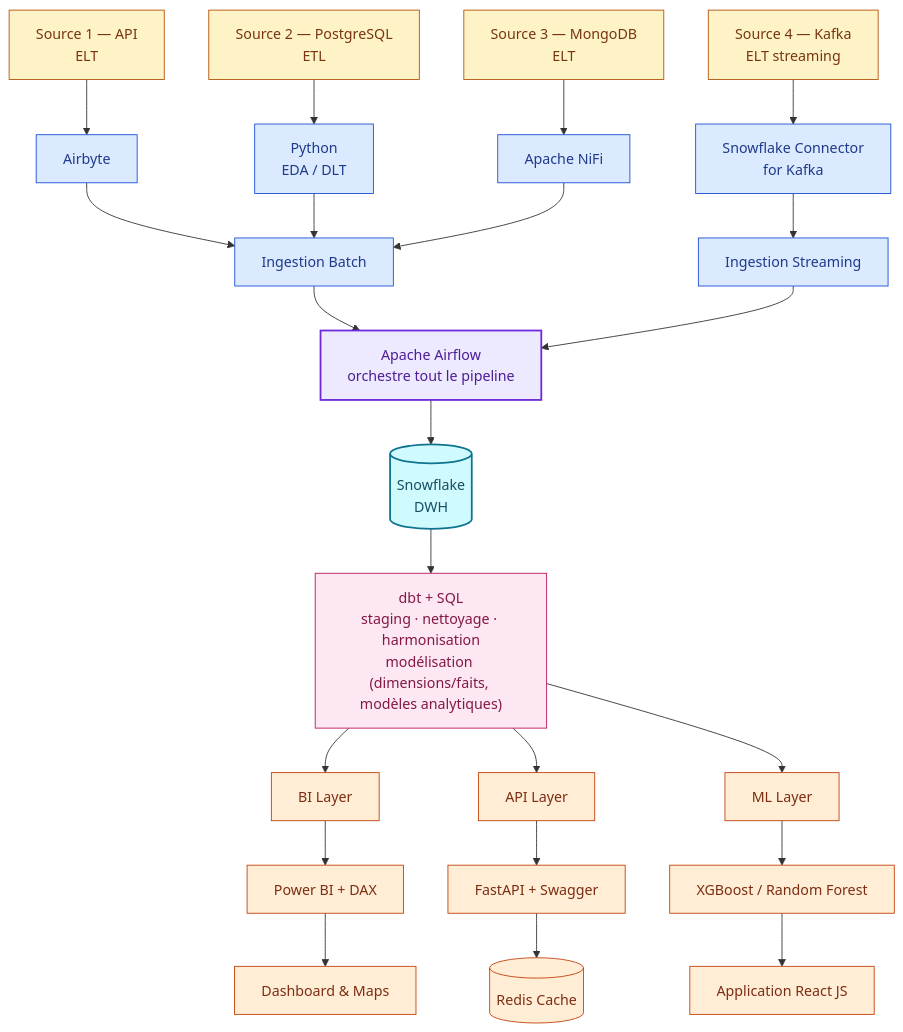
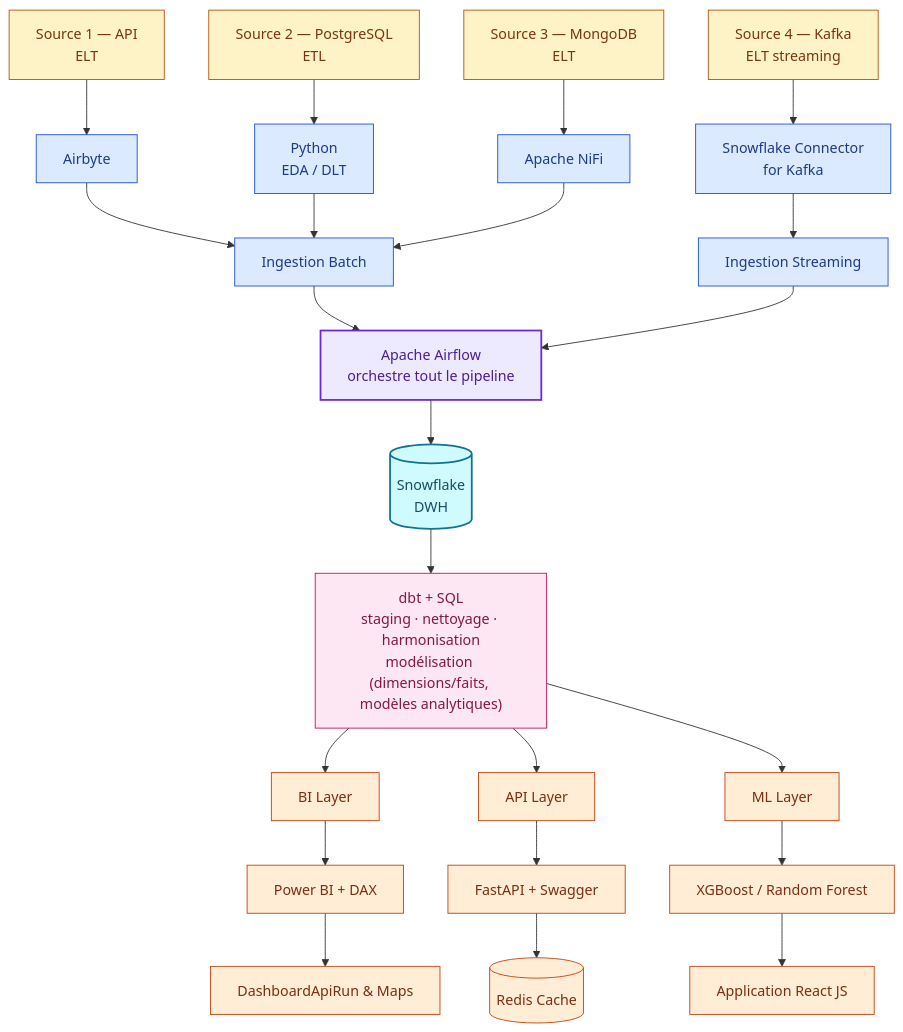
One commit to abdoudjigo/assaman-suuf changed the first of 2 diagrams in README.md. Above: the diagram before and after it, drawn with Mermaid. The commit also changed other lines of this file and 4 other files, not shown here.

````diff
--- a/README.md
+++ b/README.md
@@ -60,46 +60,46 @@
 ```mermaid
 flowchart TD
     S1["Source 1 — API<br/>ELT"] --> A[Airbyte]
     S2["Source 2 — PostgreSQL<br/>ETL"] --> P["Python<br/>EDA / DLT"]
     S3["Source 3 — MongoDB<br/>ELT"] --> N[Apache NiFi]
     S4["Source 4 — Kafka<br/>ELT streaming"] --> K["Snowflake Connector<br/>for Kafka"]
 
     A --> INB[Ingestion Batch]
     P --> INB
     N --> INB
     K --> INS[Ingestion Streaming]
 
     INB --> ORCH["Apache Airflow<br/>orchestre tout le pipeline"]
     INS --> ORCH
 
     ORCH --> SF[("Snowflake<br/>DWH")]
 
     SF --> DBT["dbt + SQL<br/>staging · nettoyage · harmonisation<br/>modélisation (dimensions/faits, modèles analytiques)"]
 
     DBT --> BI[BI Layer]
     DBT --> API[API Layer]
     DBT --> ML[ML Layer]
 
     BI --> PBI["Power BI + DAX"]
-    PBI --> DASH["Dashboard & Maps"]
+    PBI --> DASH["DashboardApiRun & Maps"]
 
     API --> FA["FastAPI + Swagger"]
     FA --> REDIS[("Redis Cache")]
 
     ML --> MOD["XGBoost / Random Forest"]
     MOD --> RJS["Application React JS"]
 
     classDef source fill:#FEF3C7,stroke:#B45309,stroke-width:1px,color:#78350F
     classDef ingest fill:#DBEAFE,stroke:#1D4ED8,stroke-width:1px,color:#1E3A8A
     classDef orch fill:#EDE9FE,stroke:#6D28D9,stroke-width:2px,color:#4C1D95
     classDef dwh fill:#CFFAFE,stroke:#0E7490,stroke-width:2px,color:#164E63
     classDef transform fill:#FCE7F3,stroke:#BE185D,stroke-width:1px,color:#831843
     classDef layer fill:#FFEDD5,stroke:#C2410C,stroke-width:1px,color:#7C2D12
 
     class S1,S2,S3,S4 source
     class A,P,N,K,INB,INS ingest
     class ORCH orch
     class SF dwh
     class DBT transform
     class BI,API,ML,PBI,DASH,FA,REDIS,MOD,RJS layer
 ```
````
